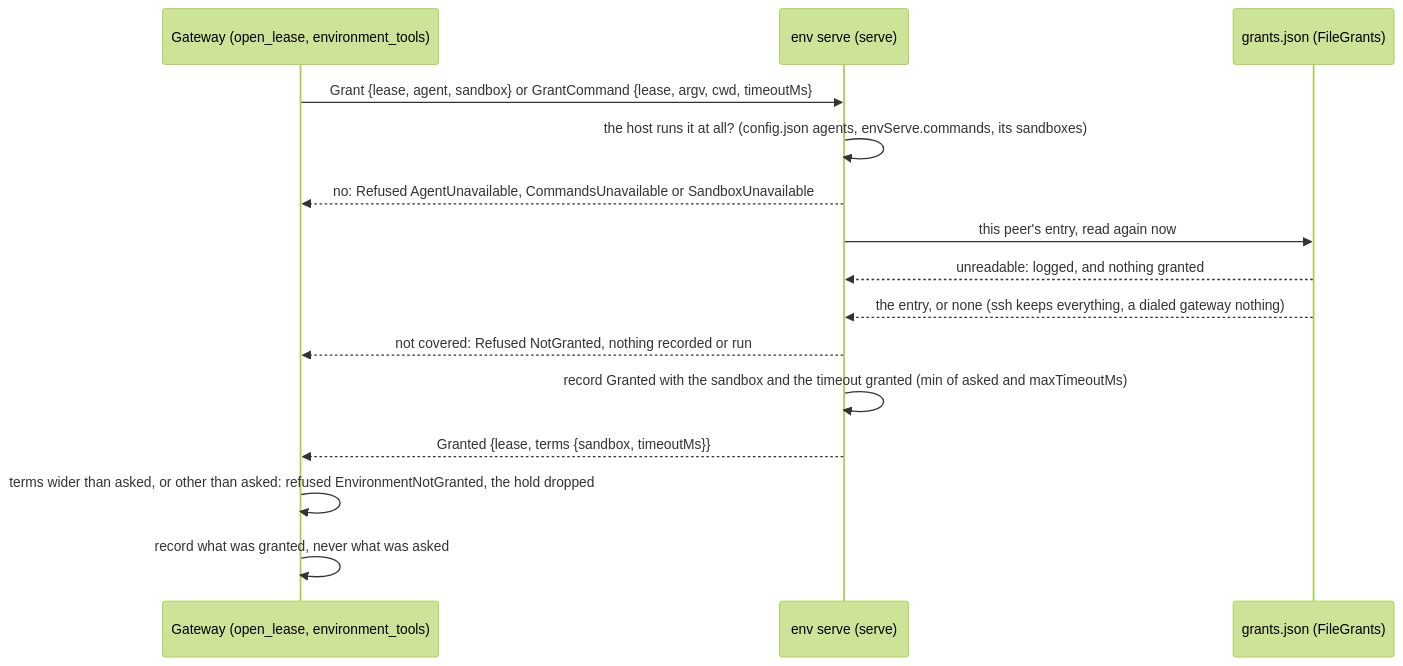
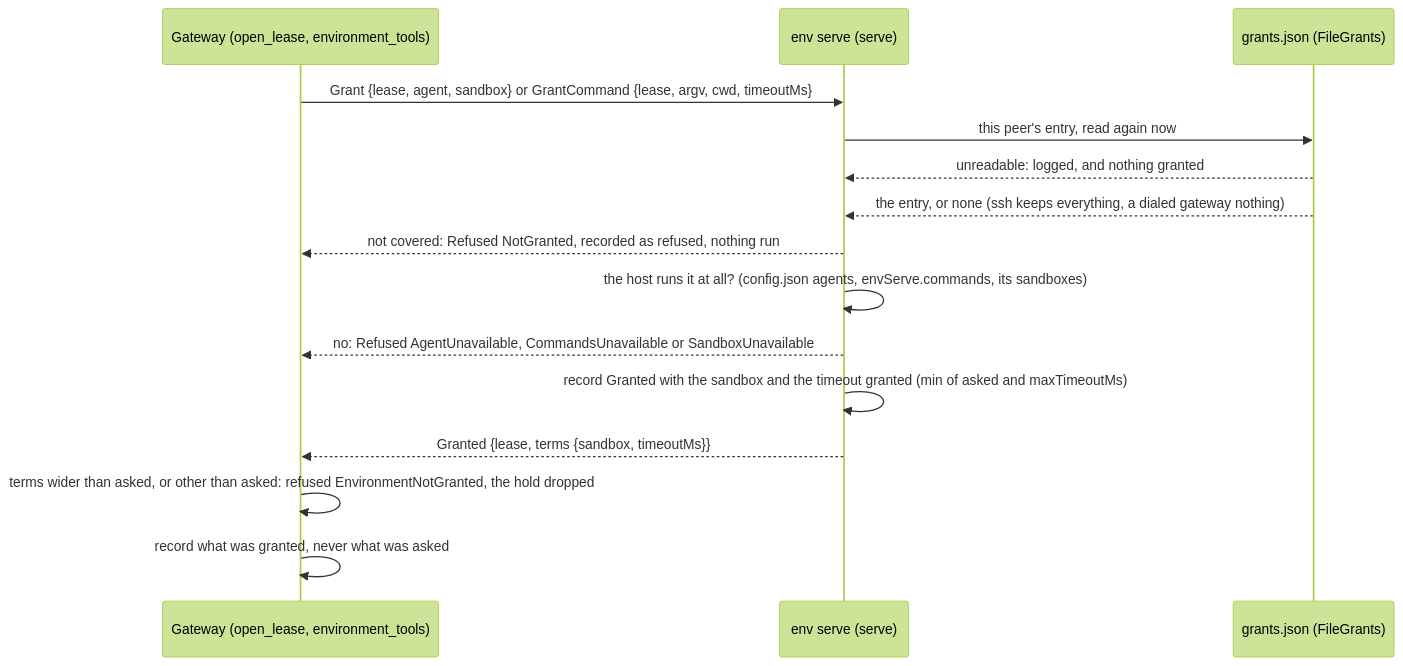
The fourth of 7 diagrams in docs/design/auth/peer-gateways.md (nessalabs/nessa-agent), drawn with Mermaid (forest theme) before and after one commit. The commit also changed other lines of this file and 19 other files, not shown here.

````diff
--- a/docs/design/auth/peer-gateways.md
+++ b/docs/design/auth/peer-gateways.md
@@ -343,17 +343,17 @@
 ```mermaid
 sequenceDiagram
     participant G as Gateway (open_lease, environment_tools)
     participant S as env serve (serve)
     participant F as grants.json (FileGrants)
     G->>S: Grant {lease, agent, sandbox} or GrantCommand {lease, argv, cwd, timeoutMs}
-    S->>S: the host runs it at all? (config.json agents, envServe.commands, its sandboxes)
-    S-->>G: no: Refused AgentUnavailable, CommandsUnavailable or SandboxUnavailable
     S->>F: this peer's entry, read again now
     F-->>S: unreadable: logged, and nothing granted
     F-->>S: the entry, or none (ssh keeps everything, a dialed gateway nothing)
-    S-->>G: not covered: Refused NotGranted, nothing recorded or run
+    S-->>G: not covered: Refused NotGranted, recorded as refused, nothing run
+    S->>S: the host runs it at all? (config.json agents, envServe.commands, its sandboxes)
+    S-->>G: no: Refused AgentUnavailable, CommandsUnavailable or SandboxUnavailable
     S->>S: record Granted with the sandbox and the timeout granted (min of asked and maxTimeoutMs)
     S-->>G: Granted {lease, terms {sandbox, timeoutMs}}
     G->>G: terms wider than asked, or other than asked: refused EnvironmentNotGranted, the hold dropped
     G->>G: record what was granted, never what was asked
 ```
````
